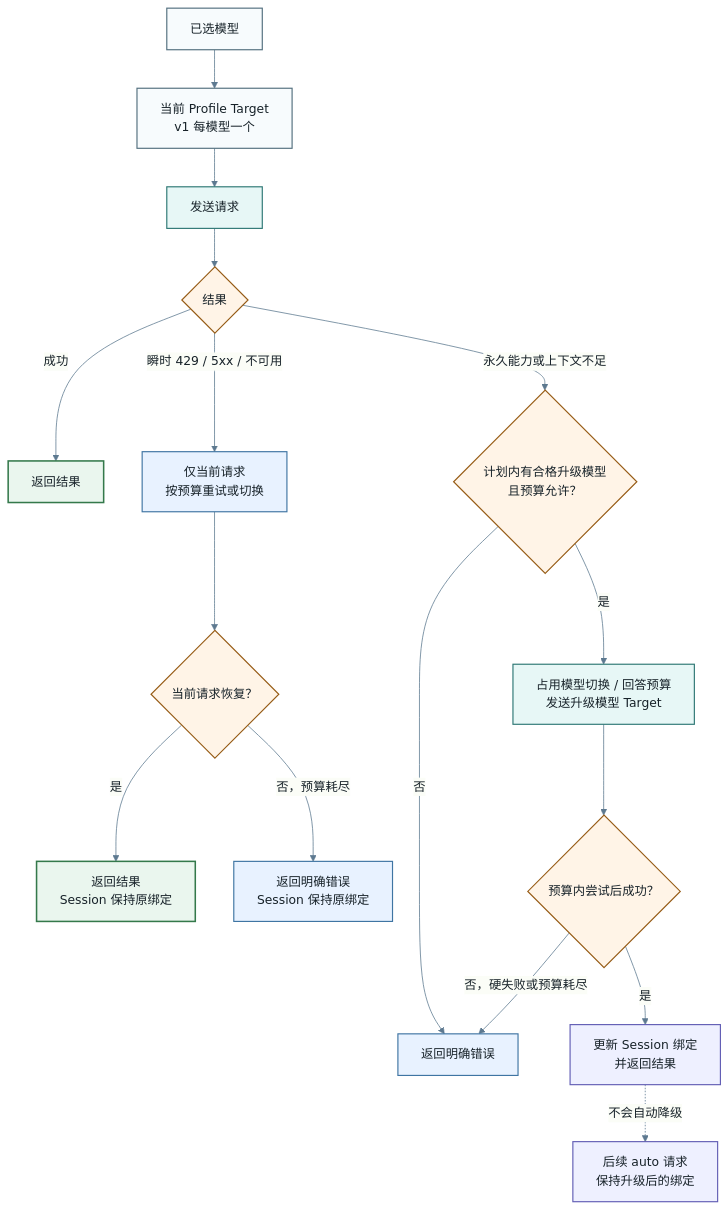
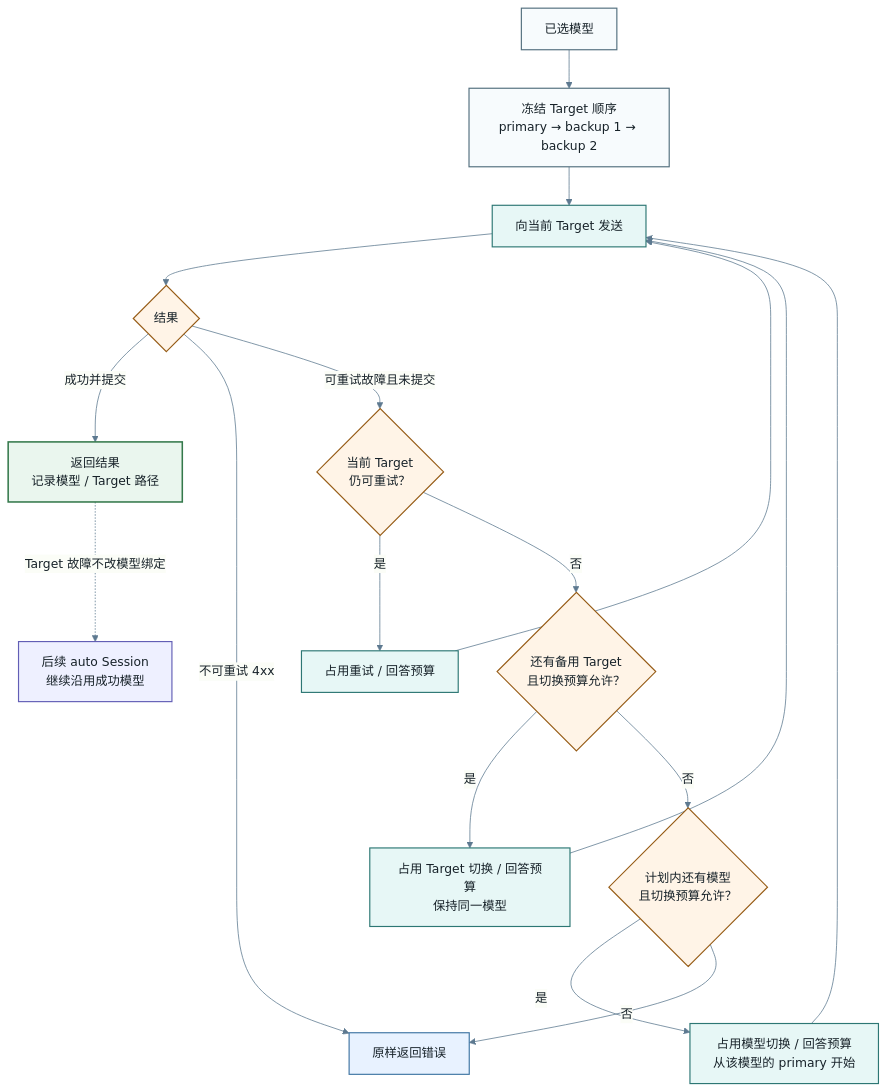
One commit to Euphie/llm-proxy changed the diagram in docs-site/diagrams/target-reliability.mmd. Above: the diagram before and after it, drawn with Mermaid. The commit also changed 34 other files, not shown here.

```diff
--- a/docs-site/diagrams/target-reliability.mmd
+++ b/docs-site/diagrams/target-reliability.mmd
@@ -1,49 +1,46 @@
 ---
 config:
   theme: base
   themeVariables:
     background: "#f4f9fc"
     fontFamily: "-apple-system, BlinkMacSystemFont, PingFang SC, sans-serif"
     primaryColor: "#f7fbfd"
     primaryTextColor: "#172229"
     primaryBorderColor: "#7ea1b4"
     lineColor: "#5d7990"
     clusterBkg: "#edf6fb"
     clusterBorder: "#7fafcf"
   flowchart:
     curve: basis
     htmlLabels: true
 ---
 flowchart TB
   accTitle: Target 容错与 Session 模型绑定
-  accDescr: v1 中每个模型配置一个当前 Profile 内的 Target。发送失败时先区分瞬时故障和永久能力不足；瞬时故障只影响当前请求，预算内恢复成功才返回结果，耗尽则返回错误，且两者都不改变 Session 绑定。永久能力或上下文不足时，只有执行计划内存在合格升级模型且预算允许才发送升级请求；成功后更新 auto Session 绑定，失败则返回错误，系统不会自动降级。
+  accDescr: model=auto 的不可变执行计划为每个模型冻结主 Target 和有序备用 Target。可重试故障先在当前 Target 内重试，再在预算内切换同模型 Target，最后才切换计划中的下一个模型。不可重试错误或 ClientCommit 后失败不会切换。Target 故障不改变 Session 模型绑定，只有能力不足导致的成功模型升级才更新绑定。
 
-  MODEL["已选模型"] --> TARGET["当前 Profile Target<br/>v1 每模型一个"] --> SEND["发送请求"]
+  MODEL["已选模型"] --> TARGETS["冻结 Target 顺序<br/>primary → backup 1 → backup 2"]
+  TARGETS --> SEND["向当前 Target 发送"]
   SEND --> RESULT{"结果"}
-  RESULT -->|"成功"| DONE["返回结果"]
-  RESULT -->|"瞬时 429 / 5xx / 不可用"| TEMP["仅当前请求<br/>按预算重试或切换"]
-  TEMP --> RECOVERED{"当前请求恢复？"}
-  RECOVERED -->|"是"| TEMP_DONE["返回结果<br/>Session 保持原绑定"]
-  RECOVERED -->|"否，预算耗尽"| TEMP_FAILED["返回明确错误<br/>Session 保持原绑定"]
-  RESULT -->|"永久能力或上下文不足"| UPGRADE{"计划内有合格升级模型<br/>且预算允许？"}
-  UPGRADE -->|"否"| UPGRADE_FAILED["返回明确错误"]
-  UPGRADE -->|"是"| UPGRADE_SEND["占用模型切换 / 回答预算<br/>发送升级模型 Target"]
-  UPGRADE_SEND --> UPGRADE_RESULT{"预算内尝试后成功？"}
-  UPGRADE_RESULT -->|"是"| BIND["更新 Session 绑定<br/>并返回结果"]
-  UPGRADE_RESULT -->|"否，硬失败或预算耗尽"| UPGRADE_FAILED
-  BIND -. "不会自动降级" .-> KEEP["后续 auto 请求<br/>保持升级后的绑定"]
+  RESULT -->|"成功并提交"| DONE["返回结果<br/>记录模型 / Target 路径"]
+  RESULT -->|"不可重试 4xx"| FAILED["原样返回错误"]
+  RESULT -->|"可重试故障且未提交"| RETRY{"当前 Target<br/>仍可重试？"}
+  RETRY -->|"是"| RETRY_SEND["占用重试 / 回答预算"] --> SEND
+  RETRY -->|"否"| NEXT_TARGET{"还有备用 Target<br/>且切换预算允许？"}
+  NEXT_TARGET -->|"是"| SWITCH_TARGET["占用 Target 切换 / 回答预算<br/>保持同一模型"] --> SEND
+  NEXT_TARGET -->|"否"| NEXT_MODEL{"计划内还有模型<br/>且切换预算允许？"}
+  NEXT_MODEL -->|"是"| SWITCH_MODEL["占用模型切换 / 回答预算<br/>从该模型的 primary 开始"] --> SEND
+  NEXT_MODEL -->|"否"| FAILED
+  DONE -. "Target 故障不改模型绑定" .-> KEEP["后续 auto Session<br/>继续沿用成功模型"]
 
   classDef primary fill:#f7fbfd,color:#172229,stroke:#526f7e,stroke-width:1.5px;
   classDef runtime fill:#e7f7f6,color:#172229,stroke:#2d7774,stroke-width:1.5px;
   classDef decision fill:#fff4e7,color:#172229,stroke:#965b15,stroke-width:1.5px;
   classDef fallback fill:#e8f2ff,color:#172229,stroke:#3f75a3,stroke-width:1.5px;
   classDef session fill:#eef0ff,color:#172229,stroke:#625eb5,stroke-width:1.5px;
   classDef result fill:#eaf6ee,color:#172229,stroke:#34794b,stroke-width:2px;
-  class MODEL,TARGET primary;
-  class SEND runtime;
-  class RESULT,RECOVERED,UPGRADE,UPGRADE_RESULT decision;
-  class TEMP fallback;
-  class UPGRADE_SEND runtime;
-  class KEEP,BIND session;
-  class DONE,TEMP_DONE result;
-  class TEMP_FAILED,UPGRADE_FAILED fallback;
+  class MODEL,TARGETS primary;
+  class SEND,RETRY_SEND,SWITCH_TARGET,SWITCH_MODEL runtime;
+  class RESULT,RETRY,NEXT_TARGET,NEXT_MODEL decision;
+  class KEEP session;
+  class DONE result;
+  class FAILED fallback;
```
